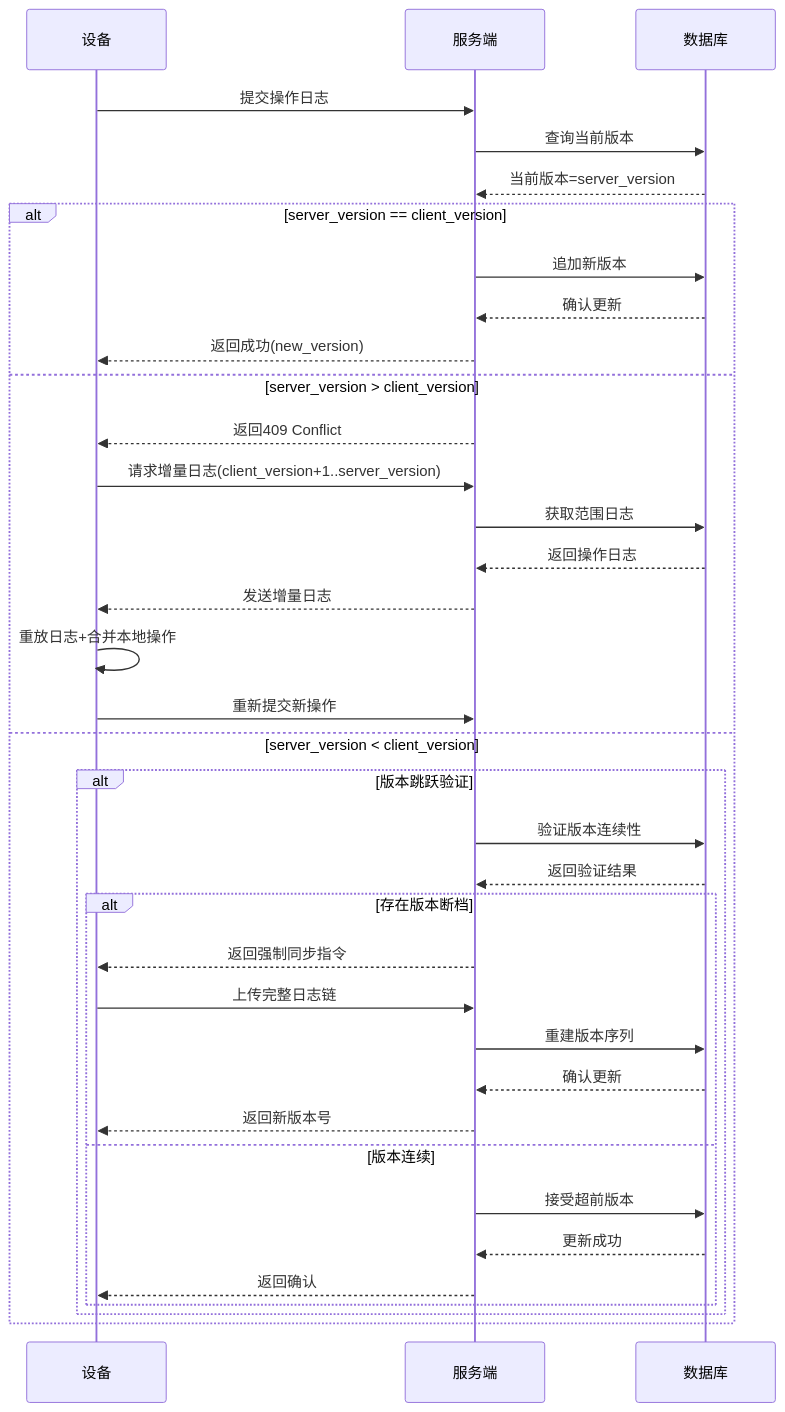
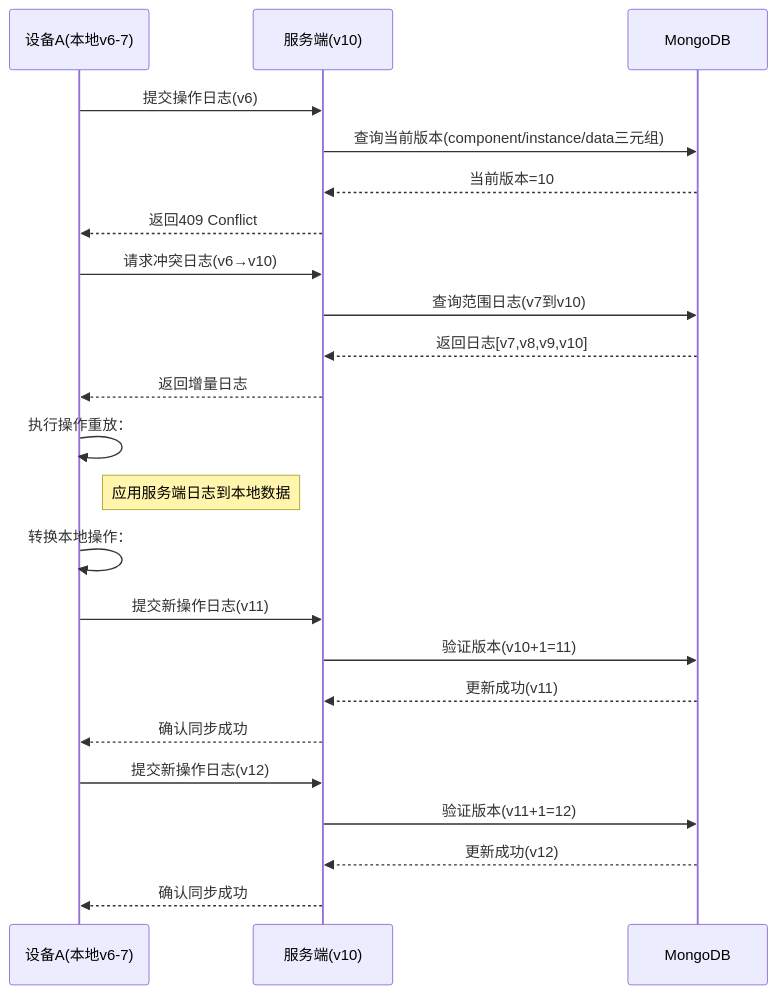
Before and after one commit to yingjianzh/iodraw-files: the diagram in all/未命名-26.md, drawn with Mermaid.

Commit message:
2025-02-26 16:14:15 update

````diff
--- a/all/未命名-26.md
+++ b/all/未命名-26.md
@@ -1,44 +1,38 @@
 ```mermaid
 sequenceDiagram
-    participant D as 设备
-    participant S as 服务端
-    participant DB as 数据库
+    participant A as 设备A(本地v6-7)
+    participant S as 服务端(v10)
+    participant DB as MongoDB
 
-    %% 同步发起
-    D->>S: 提交操作日志
-    S->>DB: 查询当前版本
-    DB-->>S: 当前版本=server_version
+    %% 初始同步尝试
+    A->>S: 提交操作日志(v6)
+    S->>DB: 查询当前版本(component/instance/data三元组)
+    DB-->>S: 当前版本=10
+    S-->>A: 返回409 Conflict
 
-    alt server_version == client_version
-        %% 场景1：版本一致
-        S->>DB: 追加新版本
-        DB-->>S: 确认更新
-        S-->>D: 返回成功(new_version)
-    else server_version > client_version
-        %% 场景2：服务端版本更新
-        S-->>D: 返回409 Conflict
-        D->>S: 请求增量日志(client_version+1..server_version)
-        S->>DB: 获取范围日志
-        DB-->>S: 返回操作日志
-        S-->>D: 发送增量日志
-        D->>D: 重放日志+合并本地操作
-        D->>S: 重新提交新操作
-    else server_version < client_version
-        %% 场景3：客户端版本超前
-        alt 版本跳跃验证
-            S->>DB: 验证版本连续性
-            DB-->>S: 返回验证结果
-            alt 存在版本断档
-                S-->>D: 返回强制同步指令
-                D->>S: 上传完整日志链
-                S->>DB: 重建版本序列
-                DB-->>S: 确认更新
-                S-->>D: 返回新版本号
-            else 版本连续
-                S->>DB: 接受超前版本
-                DB-->>S: 更新成功
-                S-->>D: 返回确认
-            end
-        end
-    end
+    %% 冲突解决阶段
+    A->>S: 请求冲突日志(v6→v10)
+    S->>DB: 查询范围日志(v7到v10)
+    DB-->>S: 返回日志[v7,v8,v9,v10]
+    S-->>A: 返回增量日志
+
+    %% 本地数据重建
+    A->>A: 执行操作重放：
+        note right of A: 应用服务端日志到本地数据
+
+
+    %% 本地操作转换
+    A->>A: 转换本地操作：
+    
+
+    %% 重新提交
+    A->>S: 提交新操作日志(v11)
+    S->>DB: 验证版本(v10+1=11)
+    DB-->>S: 更新成功(v11)
+    S-->>A: 确认同步成功
+
+    A->>S: 提交新操作日志(v12)
+    S->>DB: 验证版本(v11+1=12)
+    DB-->>S: 更新成功(v12)
+    S-->>A: 确认同步成功
 ```
````
